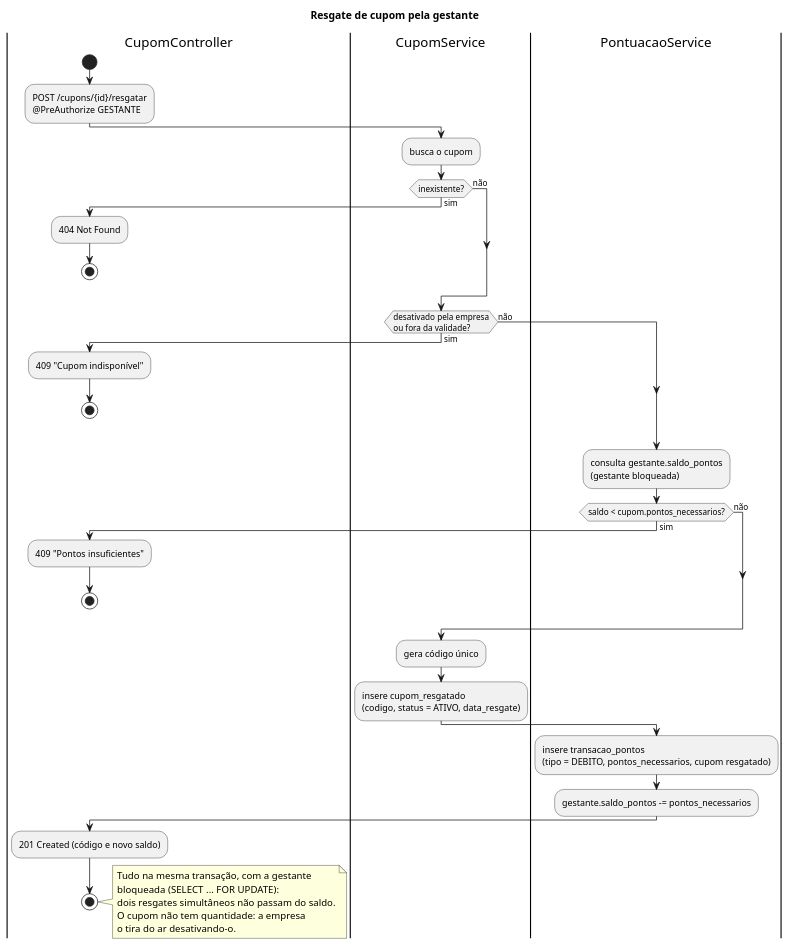
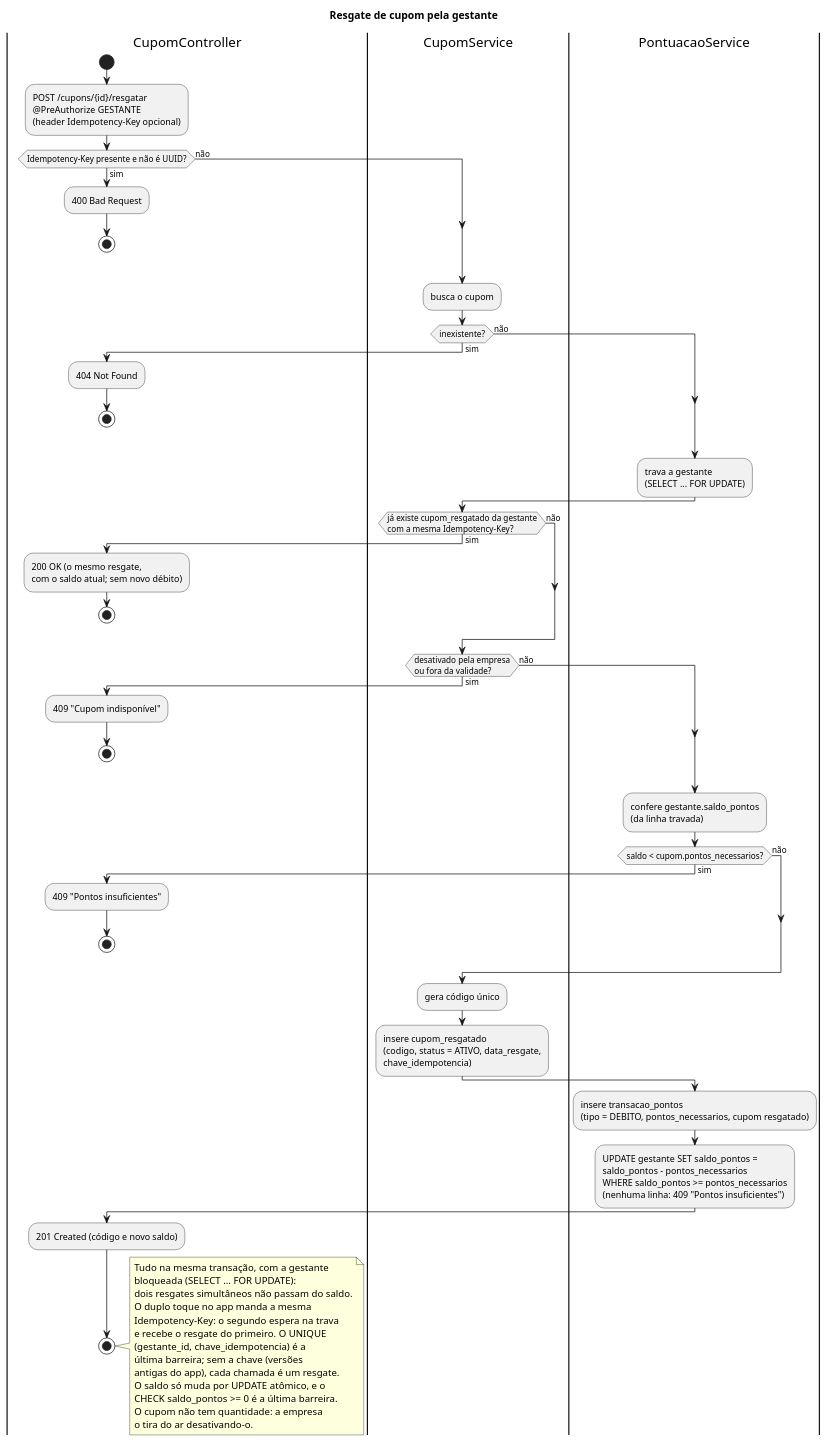
The diagram in docs/implementation-diagrams/resgate-cupom/resgate-cupom.puml (CozyShelf/previna-backend), drawn with PlantUML before and after one commit. The commit also changed 3 other files, not shown here.

Commit message:
docs: saldo por UPDATE atômico e idempotência no resgate de cupom

```diff
--- a/docs/implementation-diagrams/resgate-cupom/resgate-cupom.puml
+++ b/docs/implementation-diagrams/resgate-cupom/resgate-cupom.puml
@@ -1,58 +1,90 @@
 @startuml resgate-cupom
 title Resgate de cupom pela gestante
 
 |CupomController|
 start
 :POST /cupons/{id}/resgatar
-@PreAuthorize GESTANTE;
+@PreAuthorize GESTANTE
+(header Idempotency-Key opcional);
+if (Idempotency-Key presente e não é UUID?) then (sim)
+  :400 Bad Request;
+  stop
+else (não)
+endif
 
 |CupomService|
 :busca o cupom;
 if (inexistente?) then (sim)
   |CupomController|
   :404 Not Found;
+  stop
+else (não)
+endif
+
+|PontuacaoService|
+:trava a gestante
+(SELECT ... FOR UPDATE);
+
+|CupomService|
+if (já existe cupom_resgatado da gestante
+com a mesma Idempotency-Key?) then (sim)
+  |CupomController|
+  :200 OK (o mesmo resgate,
+  com o saldo atual; sem novo débito);
   stop
 else (não)
 endif
 |CupomService|
 if (desativado pela empresa
 ou fora da validade?) then (sim)
   |CupomController|
   :409 "Cupom indisponível";
   stop
 else (não)
 endif
 
 |PontuacaoService|
-:consulta gestante.saldo_pontos
-(gestante bloqueada);
+:confere gestante.saldo_pontos
+(da linha travada);
 if (saldo < cupom.pontos_necessarios?) then (sim)
   |CupomController|
   :409 "Pontos insuficientes";
   stop
 else (não)
 endif
 
 |CupomService|
 :gera código único;
 :insere cupom_resgatado
-(codigo, status = ATIVO, data_resgate);
+(codigo, status = ATIVO, data_resgate,
+chave_idempotencia);
 
 |PontuacaoService|
 :insere transacao_pontos
 (tipo = DEBITO, pontos_necessarios, cupom resgatado);
-:gestante.saldo_pontos -= pontos_necessarios;
+:UPDATE gestante SET saldo_pontos =
+saldo_pontos - pontos_necessarios
+WHERE saldo_pontos >= pontos_necessarios
+(nenhuma linha: 409 "Pontos insuficientes");
 
 |CupomController|
 :201 Created (código e novo saldo);
 stop
 
 note right
   Tudo na mesma transação, com a gestante
   bloqueada (SELECT ... FOR UPDATE):
   dois resgates simultâneos não passam do saldo.
+  O duplo toque no app manda a mesma
+  Idempotency-Key: o segundo espera na trava
+  e recebe o resgate do primeiro. O UNIQUE
+  (gestante_id, chave_idempotencia) é a
+  última barreira; sem a chave (versões
+  antigas do app), cada chamada é um resgate.
+  O saldo só muda por UPDATE atômico, e o
+  CHECK saldo_pontos >= 0 é a última barreira.
   O cupom não tem quantidade: a empresa
   o tira do ar desativando-o.
 end note
 
 @enduml
```
